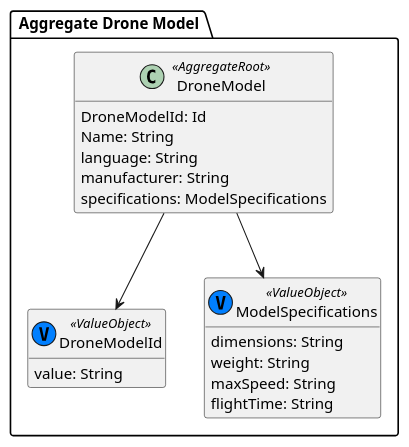
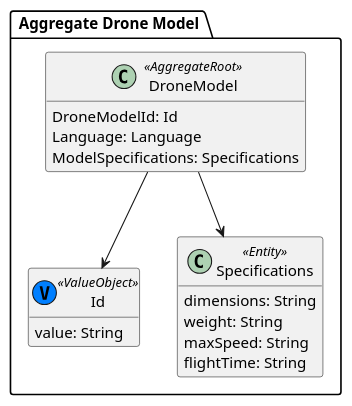
The diagram in docs/us_110/subDomains/domains/aggregate_drone_model.puml (HenriqueSilva18/Drone-Show-Management-System), drawn with PlantUML before and after one commit. The commit also changed 5 other files, not shown here.

```diff
--- a/docs/us_110/subDomains/domains/aggregate_drone_model.puml
+++ b/docs/us_110/subDomains/domains/aggregate_drone_model.puml
@@ -1,31 +1,29 @@
 @startuml
 hide methods
 
 package " Aggregate Drone Model " {
 
     ' Agregado DroneModel (Aggregate Root)
     class DroneModel <<AggregateRoot>> {
         DroneModelId: Id
-        Name: String
-        language: String
-        manufacturer: String
-        specifications: ModelSpecifications
+        Language: Language
+        ModelSpecifications: Specifications
     }
 
     ' Value Objects associados
-    class DroneModelId <<(V, #007fff) ValueObject>> {
+    class Id <<(V, #007fff) ValueObject>> {
         value: String
     }
 
-    class ModelSpecifications <<(V, #007fff) ValueObject>> {
+    class Specifications <<Entity>> {
         dimensions: String
         weight: String
         maxSpeed: String
         flightTime: String
     }
 
     ' Ligações
-    DroneModel --> DroneModelId
-    DroneModel --> ModelSpecifications
+    DroneModel --> Id
+    DroneModel --> Specifications
 }
 @enduml
```
